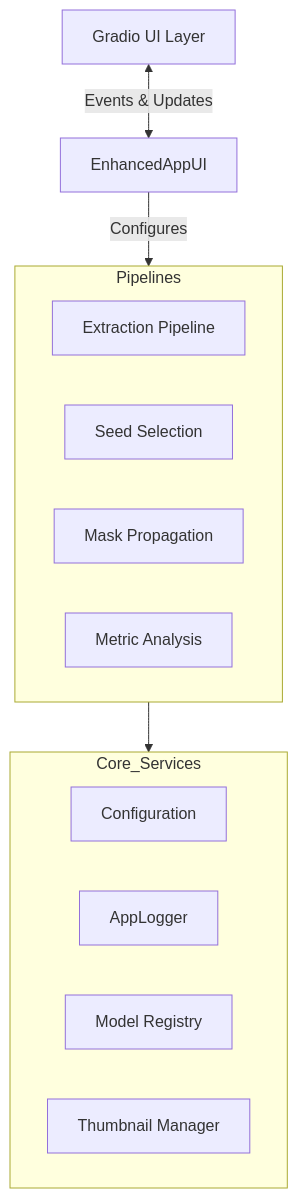
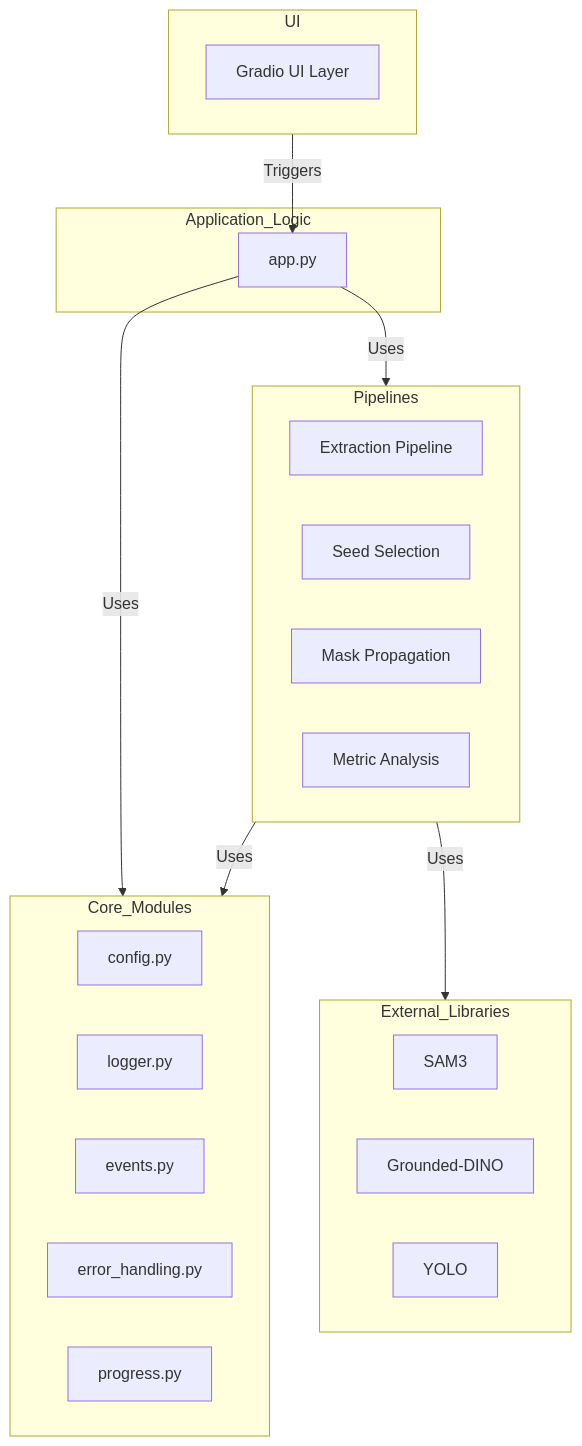
Before and after one commit to tazztone/subject-frame-extractor: the diagram in TECHNICAL_DOCUMENTATION.md, drawn with Mermaid. The commit also changed other lines of this file and 1 other file, not shown here.

Commit message:
docs: update documentation for modular architecture
Updates `README.md` and `TECHNICAL_DOCUMENTATION.md` to reflect the recent refactoring of the application from a monolithic `app.py` into a modular structure.

- Revises the project structure diagrams in both documents.
- Updates the technical documentation to describe the roles of the new modules (`config.py`, `logger.py`, `error_handling.py`, etc.).
- Ensures all documentation is consistent with the new codebase.

````diff
--- a/TECHNICAL_DOCUMENTATION.md
+++ b/TECHNICAL_DOCUMENTATION.md
@@ -13,21 +13,37 @@
 ```mermaid
 graph TD
-    UI[Gradio UI Layer] <-->|Events & Updates| Controller[EnhancedAppUI]
-    Controller -->|Configures| Pipelines
-    
+    subgraph UI
+        Gradio[Gradio UI Layer]
+    end
+
+    subgraph Application_Logic
+        App[app.py]
+    end
+
+    subgraph Core_Modules
+        Config[config.py]
+        Logger[logger.py]
+        Events[events.py]
+        ErrorHandling[error_handling.py]
+        Progress[progress.py]
+    end
+
     subgraph Pipelines
         Extraction[Extraction Pipeline]
         Seeding[Seed Selection]
         Propagation[Mask Propagation]
         Analysis[Metric Analysis]
     end
-    
-    subgraph Core_Services
-        Config[Configuration]
-        Logger[AppLogger]
-        Registry[Model Registry]
-        Thumbs[Thumbnail Manager]
+
+    subgraph External_Libraries
+        SAM3[SAM3]
+        GroundedDINO[Grounded-DINO]
+        YOLO[YOLO]
     end
-    
-    Pipelines --> Core_Services
+
+    UI -->|Triggers| App
+    App -->|Uses| Pipelines
+    App -->|Uses| Core_Modules
+    Pipelines -->|Uses| Core_Modules
+    Pipelines -->|Uses| External_Libraries
 ```
````
